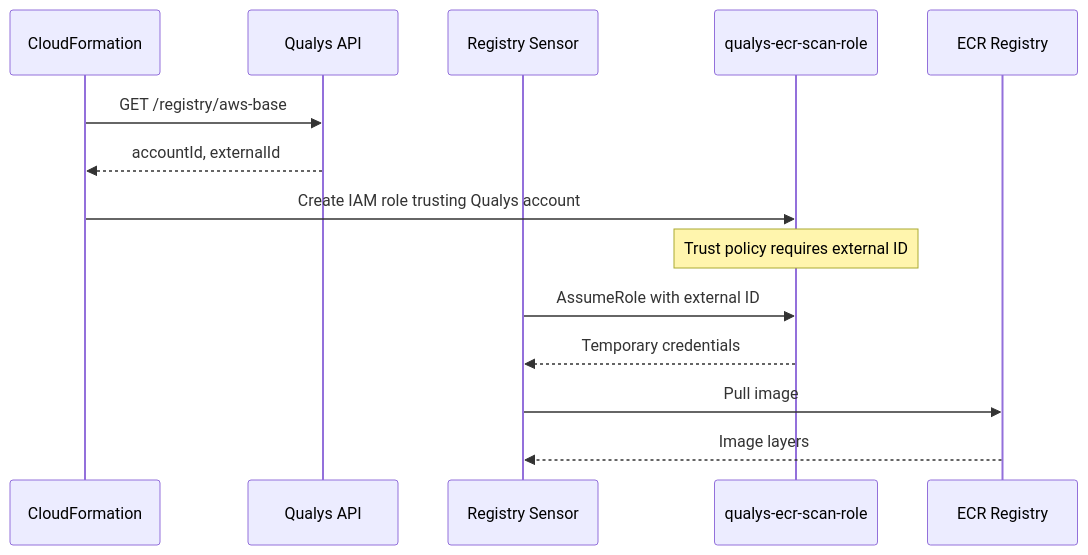
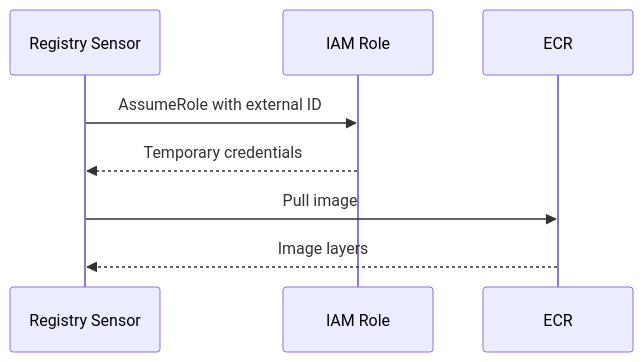
One commit to nelssec/qualys-fargate changed the second of 5 diagrams in docs/blog-technical-architecture.md. Above: the diagram before and after it, drawn with Mermaid. The commit also changed other lines of this file and 6 other files, not shown here.

First line of the commit message:
Add existing IAM role support and update documentation

````diff
--- a/docs/blog-technical-architecture.md
+++ b/docs/blog-technical-architecture.md
@@ -84,18 +83,11 @@
 ```mermaid
 sequenceDiagram
-    participant CFN as CloudFormation
-    participant API as Qualys API
     participant Sensor as Registry Sensor
-    participant Role as qualys-ecr-scan-role
-    participant ECR as ECR Registry
-
-    CFN->>API: GET /registry/aws-base
-    API-->>CFN: accountId, externalId
-    CFN->>Role: Create IAM role trusting Qualys account
-    Note over Role: Trust policy requires external ID
+    participant Role as IAM Role
+    participant ECR as ECR
 
     Sensor->>Role: AssumeRole with external ID
     Role-->>Sensor: Temporary credentials
     Sensor->>ECR: Pull image
     ECR-->>Sensor: Image layers
 ```
````
